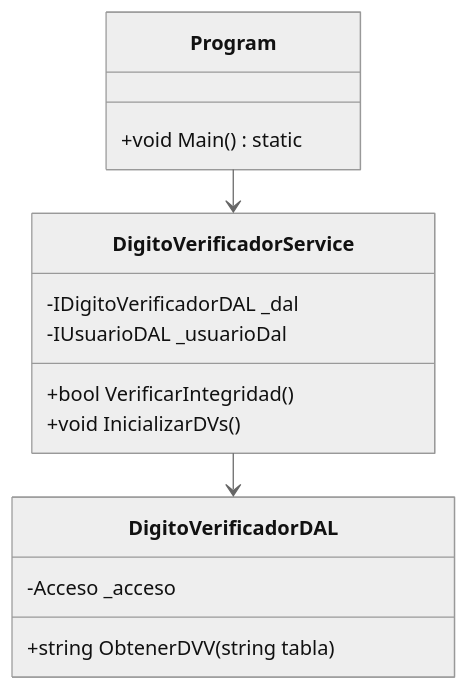
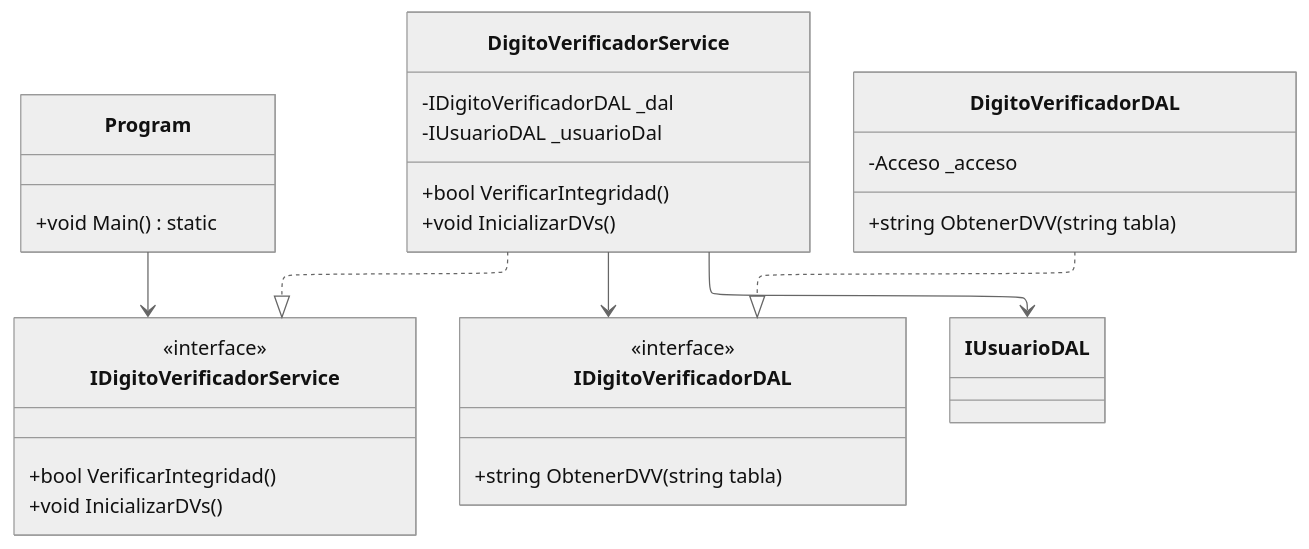
Diagram 11 of 25 in Documentacion/diagrams_code.md (LautiSmyth/Stach), drawn with Mermaid (neutral theme) before and after one commit. The commit also changed other lines of this file, not shown here.

Commit message:
Doc: Update sequence and module class diagrams to explicitly include the Abstracciones layer interfaces and IoCContainer

````diff
--- a/Documentacion/diagrams_code.md
+++ b/Documentacion/diagrams_code.md
@@ -293,22 +353,34 @@
 ```mermaid
 ---
 config:
   layout: elk
 ---
 classDiagram
     class Program {
         +void Main() static
     }
+    class IDigitoVerificadorService {
+        <<interface>>
+        +bool VerificarIntegridad()
+        +void InicializarDVs()
+    }
     class DigitoVerificadorService {
         -IDigitoVerificadorDAL _dal
         -IUsuarioDAL _usuarioDal
         +bool VerificarIntegridad()
         +void InicializarDVs()
     }
+    class IDigitoVerificadorDAL {
+        <<interface>>
+        +string ObtenerDVV(string tabla)
+    }
     class DigitoVerificadorDAL {
         -Acceso _acceso
         +string ObtenerDVV(string tabla)
     }
-    Program --> DigitoVerificadorService
-    DigitoVerificadorService --> DigitoVerificadorDAL
+    Program --> IDigitoVerificadorService
+    DigitoVerificadorService ..|> IDigitoVerificadorService
+    DigitoVerificadorService --> IDigitoVerificadorDAL
+    DigitoVerificadorService --> IUsuarioDAL
+    DigitoVerificadorDAL ..|> IDigitoVerificadorDAL
 ```
````
